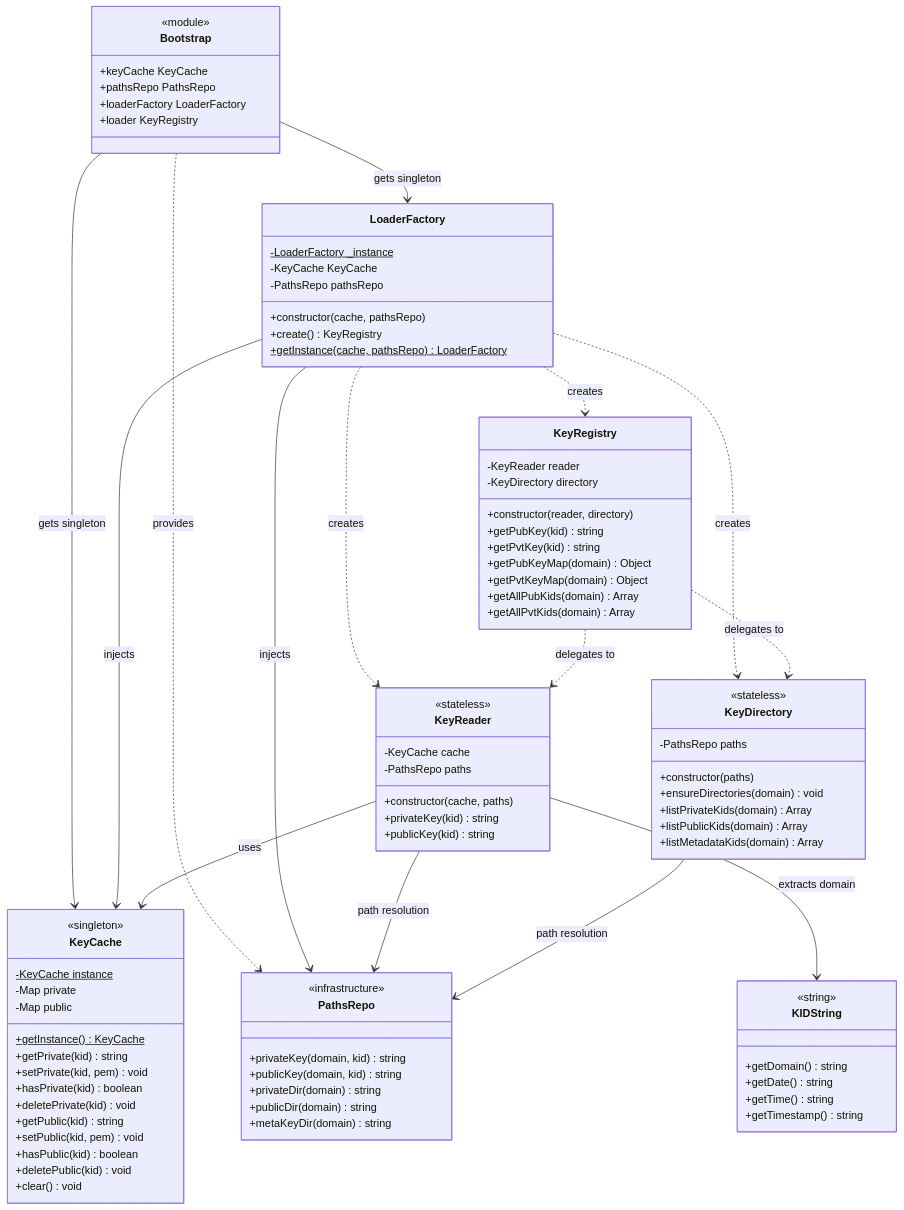
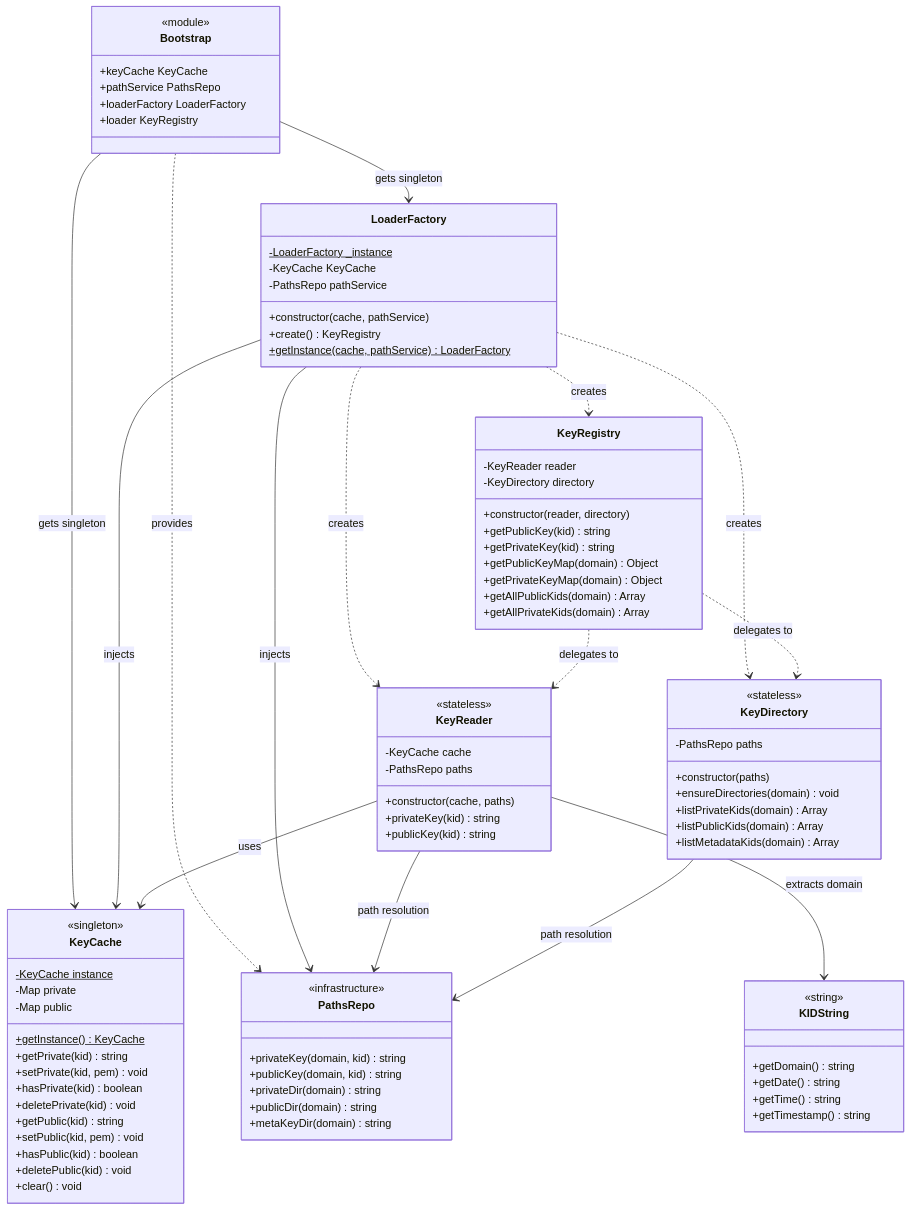
The second of 7 diagrams in docs/generated/domain/key-manager/loader/structure.md (itsGurdevSingh/vault), drawn with Mermaid before and after one commit. The commit also changed other lines of this file and 17 other files, not shown here.

First line of the commit message:
refactor: rename pathsRepo to pathService and update related references

```diff
--- a/docs/generated/domain/key-manager/loader/structure.md
+++ b/docs/generated/domain/key-manager/loader/structure.md
@@ -196,7 +196,7 @@
     class Bootstrap {
         <<module>>
         +keyCache KeyCache
-        +pathsRepo PathsRepo
+        +pathService PathsRepo
         +loaderFactory LoaderFactory
         +loader KeyRegistry
     }
@@ -205,10 +205,10 @@
     class LoaderFactory {
         -LoaderFactory _instance$
         -KeyCache KeyCache
-        -PathsRepo pathsRepo
-        +constructor(cache, pathsRepo)
+        -PathsRepo pathService
+        +constructor(cache, pathService)
         +create() KeyRegistry
-        +getInstance(cache, pathsRepo)$ LoaderFactory
+        +getInstance(cache, pathService)$ LoaderFactory
     }
 
     %% Domain - Aggregate Root
@@ -216,12 +216,12 @@
         -KeyReader reader
         -KeyDirectory directory
         +constructor(reader, directory)
-        +getPubKey(kid) string
-        +getPvtKey(kid) string
-        +getPubKeyMap(domain) Object
-        +getPvtKeyMap(domain) Object
-        +getAllPubKids(domain) Array
-        +getAllPvtKids(domain) Array
+        +getPublicKey(kid) string
+        +getPrivateKey(kid) string
+        +getPublicKeyMap(domain) Object
+        +getPrivateKeyMap(domain) Object
+        +getAllPublicKids(domain) Array
+        +getAllPrivateKids(domain) Array
     }
 
     %% Domain - Services
```
